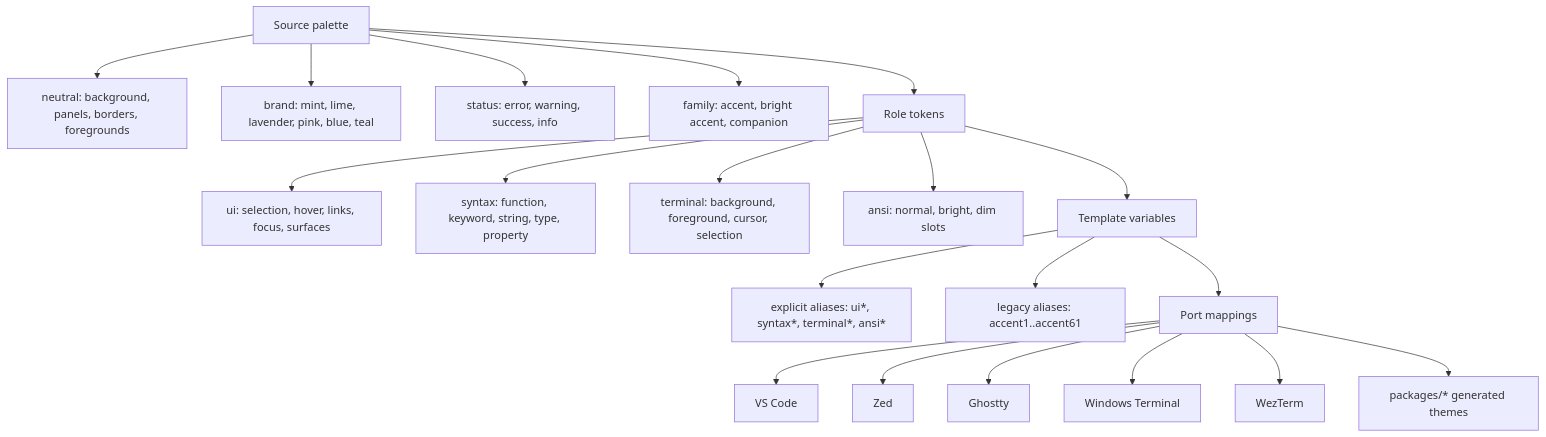
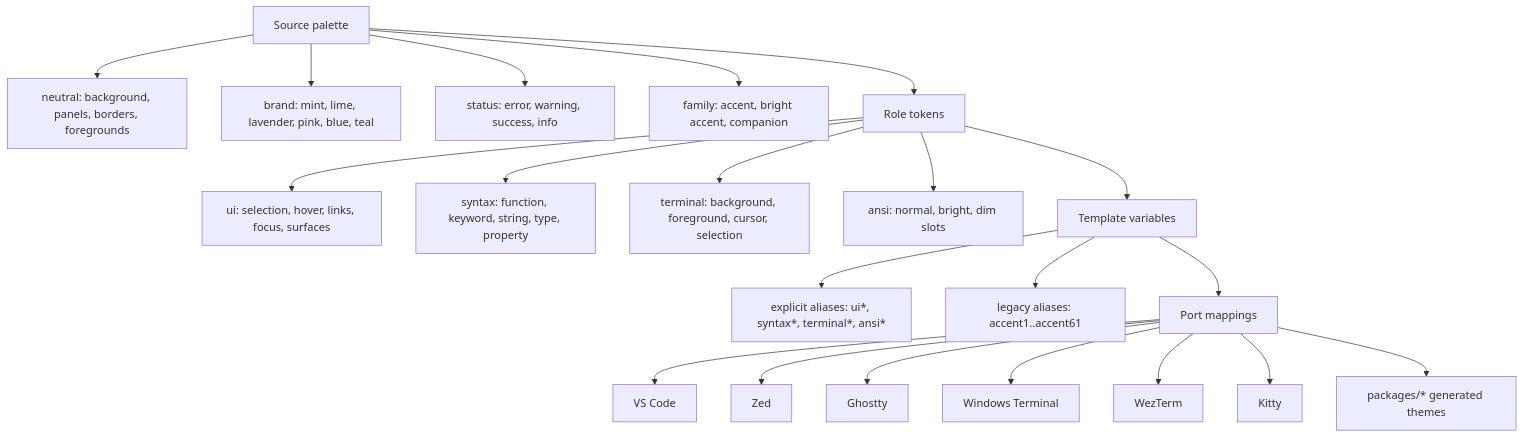
Before and after one commit to yukiumi13/aura-theme-2026: the diagram in docs/COLOR_ARCHITECTURE.md, drawn with Mermaid. The commit also changed other lines of this file and 31 other files, not shown here.

````diff
--- a/docs/COLOR_ARCHITECTURE.md
+++ b/docs/COLOR_ARCHITECTURE.md
@@ -7,27 +7,28 @@
 ```mermaid
 flowchart TD
   A[Source palette] --> A1[neutral: background, panels, borders, foregrounds]
   A --> A2[brand: mint, lime, lavender, pink, blue, teal]
   A --> A3[status: error, warning, success, info]
   A --> A4[family: accent, bright accent, companion]
 
   A --> B[Role tokens]
 
   B --> B1[ui: selection, hover, links, focus, surfaces]
   B --> B2[syntax: function, keyword, string, type, property]
   B --> B3[terminal: background, foreground, cursor, selection]
   B --> B4[ansi: normal, bright, dim slots]
 
   B --> C[Template variables]
   C --> C1[explicit aliases: ui*, syntax*, terminal*, ansi*]
   C --> C2[legacy aliases: accent1..accent61]
 
   C --> D[Port mappings]
   D --> D1[VS Code]
   D --> D2[Zed]
   D --> D3[Ghostty]
   D --> D4[Windows Terminal]
   D --> D5[WezTerm]
+  D --> D6[Kitty]
 
   D --> E[packages/* generated themes]
 ```
````
